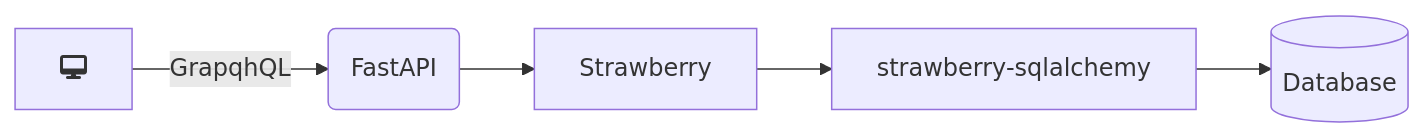
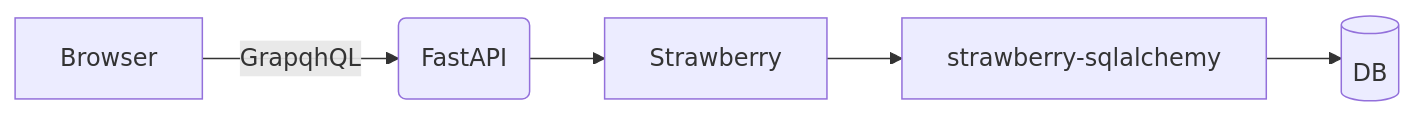
The diagram in README.md (0machi/FastAPI_Strawberry_strawberry-sqlalchemy_DemoApp), drawn with Mermaid before and after one commit.

````diff
--- a/README.md
+++ b/README.md
@@ -3,7 +3,7 @@
 ```mermaid
 flowchart LR
-    A[fa:fa-desktop] -->|GrapqhQL| B(FastAPI)
+    A[Browser] -->|GrapqhQL| B(FastAPI)
     B --> C[Strawberry]
     C --> D[strawberry-sqlalchemy]
-    D --> E[(Database)]
+    D --> E[(DB)]
 ```
````
